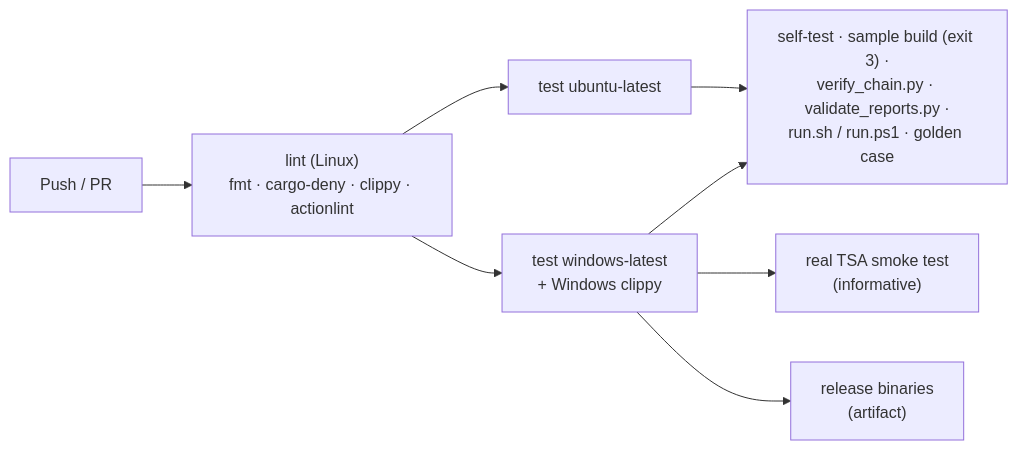
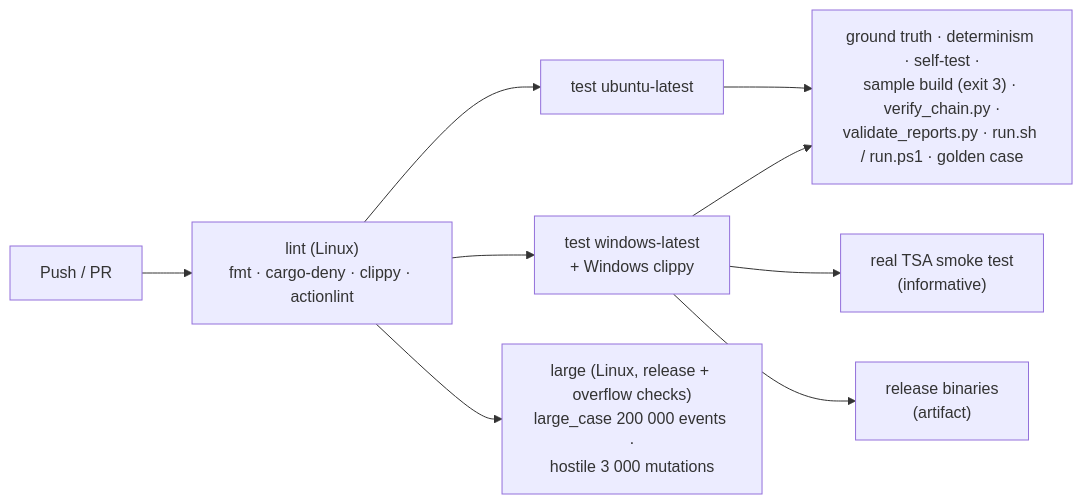
One commit to Panacota96/rv-timeline changed the fourth of 5 diagrams in docs/development.md. Above: the diagram before and after it, drawn with Mermaid. The commit also changed other lines of this file and 8 other files, not shown here.

First line of the commit message:
docs: reconcile with the QA changes on timeline-core

````diff
--- a/docs/development.md
+++ b/docs/development.md
@@ -188,9 +189,10 @@
 ```mermaid
 flowchart LR
     PR["Push / PR"] --> L["lint (Linux)<br/>fmt · cargo-deny · clippy · actionlint"]
     L --> T1["test ubuntu-latest"]
     L --> T2["test windows-latest<br/>+ Windows clippy"]
-    T1 & T2 --> S["self-test · sample build (exit 3) ·<br/>verify_chain.py · validate_reports.py ·<br/>run.sh / run.ps1 · golden case"]
+    T1 & T2 --> S["ground truth · determinism · self-test ·<br/>sample build (exit 3) · verify_chain.py ·<br/>validate_reports.py · run.sh / run.ps1 · golden case"]
+    L --> LG["large (Linux, release + overflow checks)<br/>large_case 200 000 events ·<br/>hostile 3 000 mutations"]
     T2 --> TSA["real TSA smoke test<br/>(informative)"]
     T2 --> B["release binaries<br/>(artifact)"]
 ```
````
